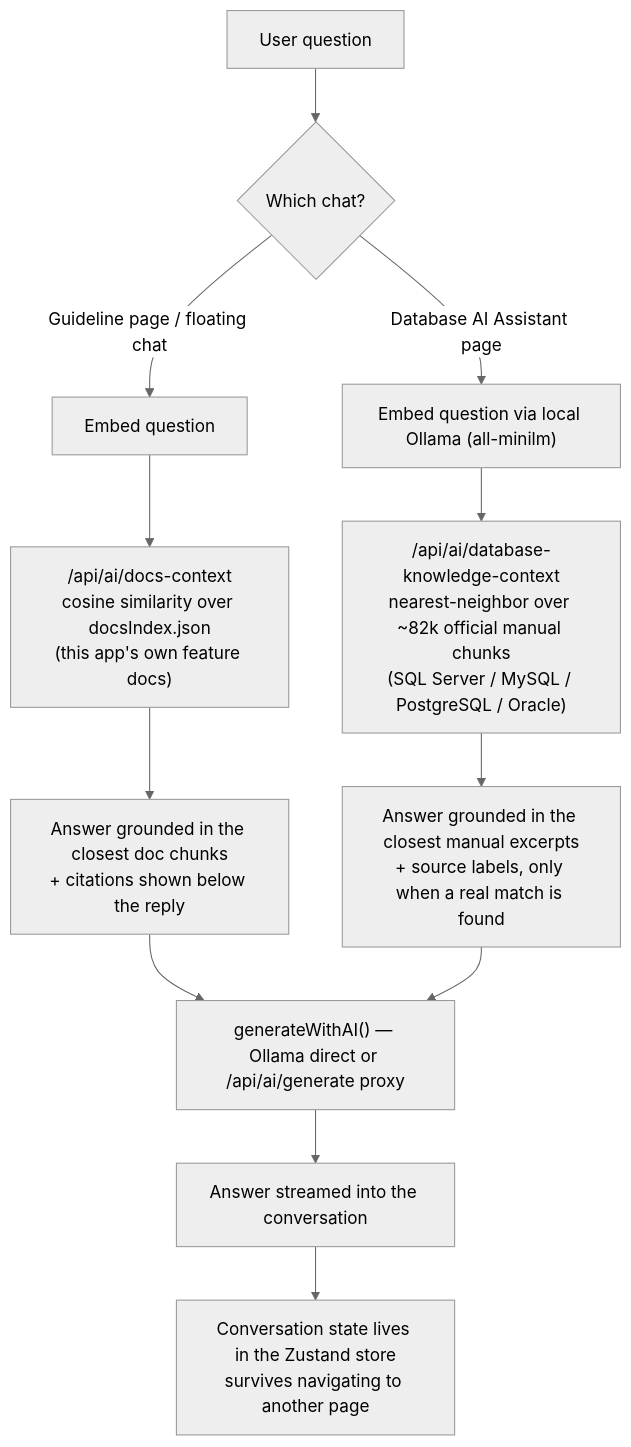
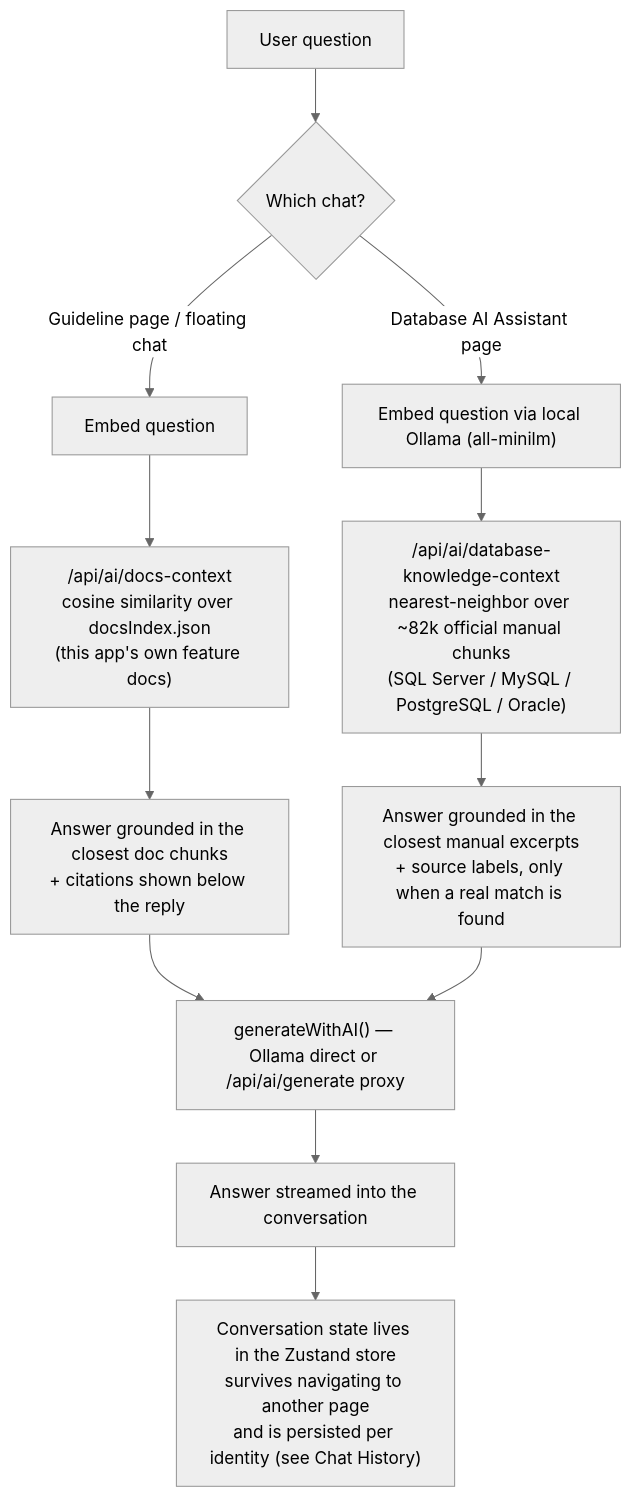
The third of 7 diagrams in README.md (oscar20041998/sql-visualizer), drawn with Mermaid (neutral theme) before and after one commit. The commit also changed other lines of this file and 104 other files, not shown here.

````diff
--- a/README.md
+++ b/README.md
@@ -96,14 +103,14 @@
 ```mermaid
 flowchart TD
     A[User question] --> B{Which chat?}
     B -->|Guideline page / floating chat| C["Embed question"]
     B -->|Database AI Assistant page| D["Embed question via local Ollama (all-minilm)"]
     C --> E["/api/ai/docs-context<br/>cosine similarity over docsIndex.json<br/>(this app's own feature docs)"]
     D --> F["/api/ai/database-knowledge-context<br/>nearest-neighbor over ~82k official manual chunks<br/>(SQL Server / MySQL / PostgreSQL / Oracle)"]
     E --> G["Answer grounded in the closest doc chunks<br/>+ citations shown below the reply"]
     F --> H["Answer grounded in the closest manual excerpts<br/>+ source labels, only when a real match is found"]
     G --> I["generateWithAI() — Ollama direct or /api/ai/generate proxy"]
     H --> I
     I --> J["Answer streamed into the conversation"]
-    J --> K["Conversation state lives in the Zustand store<br/>survives navigating to another page"]
+    J --> K["Conversation state lives in the Zustand store<br/>survives navigating to another page<br/>and is persisted per identity (see Chat History)"]
 ```
````
